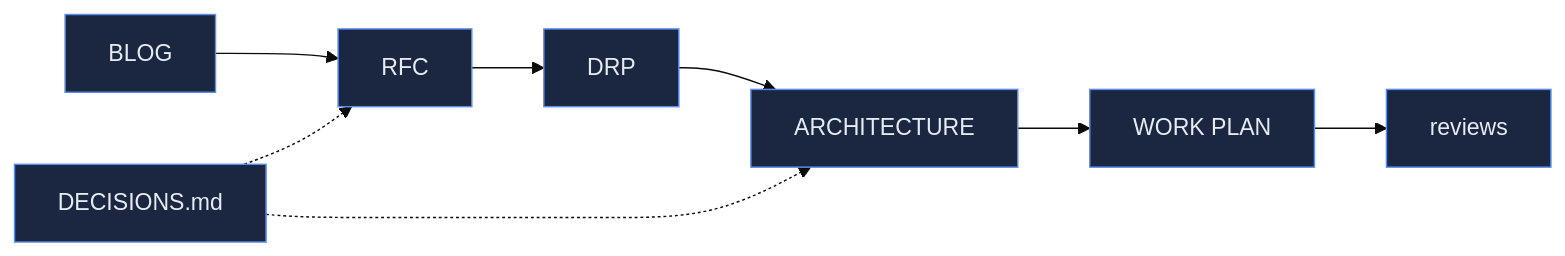
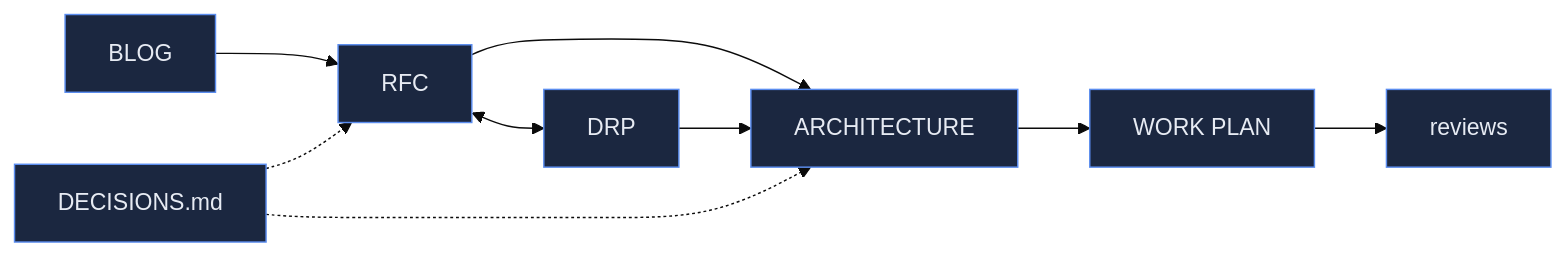
One commit to dsivov/ONBOARDING changed the diagram in templates/DOCS_INDEX.template.md. Above: the diagram before and after it, drawn with Mermaid (base theme). The commit also changed other lines of this file and 3 other files, not shown here.

First line of the commit message:
docs: RFC & DRP are a co-authored pair (approach ↔ detail), not a strict hand-off

````diff
--- a/templates/DOCS_INDEX.template.md
+++ b/templates/DOCS_INDEX.template.md
@@ -9,8 +9,12 @@
 ```mermaid
 flowchart LR
-  BLOG --> RFC --> DRP --> ARCH[ARCHITECTURE] --> WP[WORK PLAN] --> REV[reviews]
+  BLOG --> RFC
+  RFC <--> DRP
+  RFC --> ARCH[ARCHITECTURE]
+  DRP --> ARCH
+  ARCH --> WP[WORK PLAN] --> REV[reviews]
   DEC[DECISIONS.md] -.-> RFC
   DEC -.-> ARCH
   classDef n fill:#1b2740,stroke:#5b8def,color:#e7ebf3;
   class BLOG,RFC,DRP,ARCH,WP,REV,DEC n;
 ```
````
